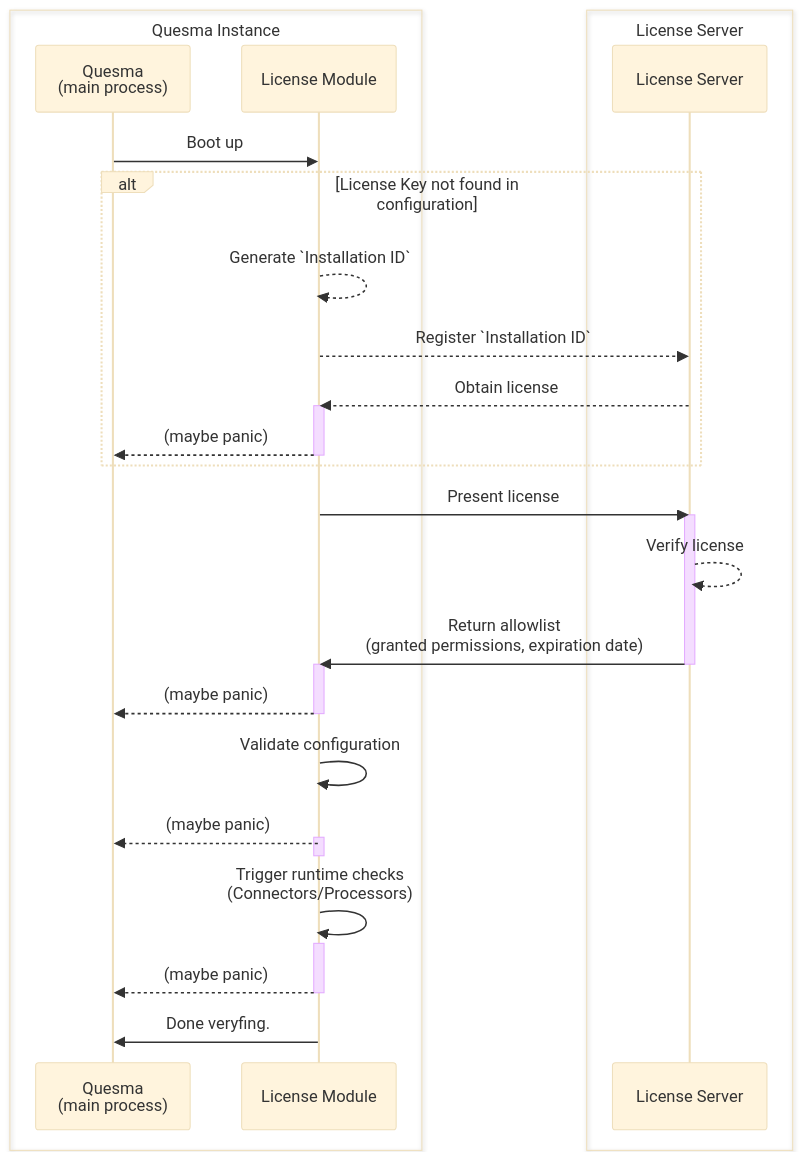
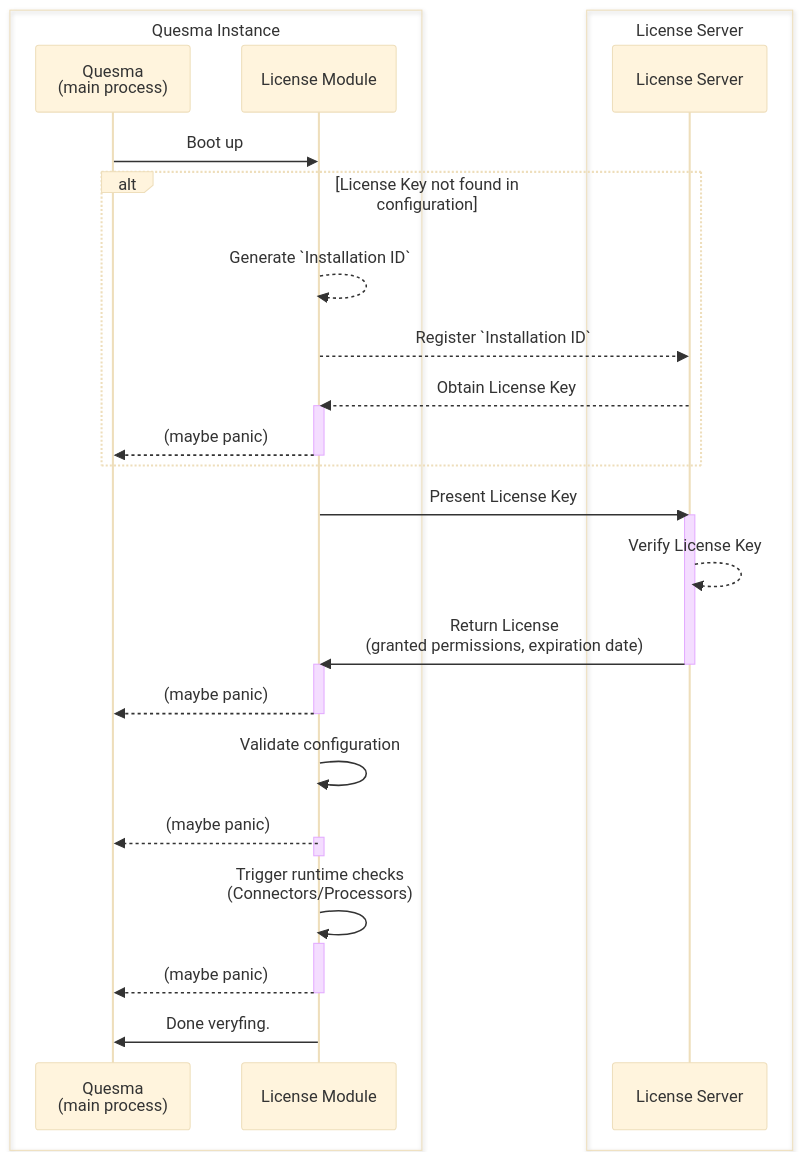
One commit to QuesmaOrg/quesma changed the diagram in quesma/licensing/readme.md. Above: the diagram before and after it, drawn with Mermaid (base theme). The commit also changed other lines of this file and 4 other files, not shown here.

````diff
--- a/quesma/licensing/readme.md
+++ b/quesma/licensing/readme.md
@@ -6,36 +6,36 @@
 ```mermaid
 sequenceDiagram
     box  Quesma Instance
 participant Q as Quesma<br>(main process)
 participant License as License Module
 end
     box  License Server
 participant Server as License Server
 end 
 Q->>License: Boot up
   alt License Key not found in configuration
     License-->>License: Generate `Installation ID`
     License-->>Server: Register `Installation ID`
-    Server-->>License: Obtain license
+    Server-->>License: Obtain License Key
    activate License
    License -->> Q: (maybe panic)
    deactivate License
 end
-   License->>Server: Present license
+   License->>Server: Present License Key
   activate Server
-    Server-->>Server: Verify license
-  Server->>License: Return allowlist<br>(granted permissions, expiration date)
+    Server-->>Server: Verify License Key
+  Server->>License: Return License <br>(granted permissions, expiration date)
   deactivate Server
    activate License
    License -->> Q: (maybe panic)
    deactivate License
 License->>License: Validate configuration
    License -->> Q: (maybe panic)
    activate License
 deactivate License
 License->>License: Trigger runtime checks<br>(Connectors/Processors)
    activate License
    License -->> Q: (maybe panic)
    deactivate License
 License->>Q: Done veryfing.
 ```
````
